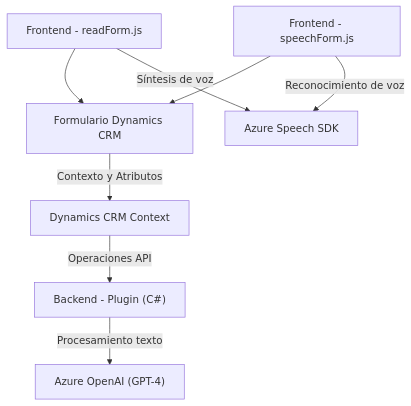
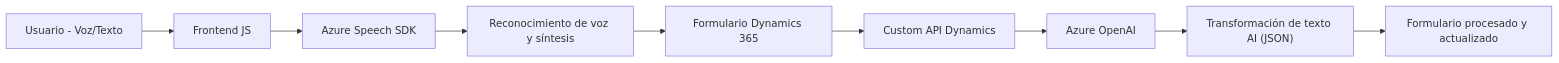
The diagram in README.md (blopezdm/NETCORE_BILBAO2025), drawn with Mermaid before and after one commit. The commit also changed other lines of this file, not shown here.

````diff
--- a/README.md
+++ b/README.md
@@ -47,18 +51,11 @@
 ```mermaid
-graph TD
-    A["Frontend - readForm.js"]
-    B["Frontend - speechForm.js"]
-    C["Backend - Plugin (C#)"]
-    D["Dynamics CRM Context"]
-    E["Azure Speech SDK"]
-    F["Azure OpenAI (GPT-4)"]
-    G["Formulario Dynamics CRM"]
-
-    A --> G
-    B --> G
-    G -- Contexto y Atributos --> D
-    D -- Operaciones API --> C
-    B -- "Reconocimiento de voz" --> E
-    A -- "Síntesis de voz" --> E
-    C -- Procesamiento texto --> F
+graph LR
+    A["Usuario - Voz/Texto"] --> B["Frontend JS"]
+    B --> C["Azure Speech SDK"]
+    C --> D["Reconocimiento de voz y síntesis"]
+    D --> E["Formulario Dynamics 365"]
+    E --> F["Custom API Dynamics"]
+    F --> G["Azure OpenAI"]
+    G --> H["Transformación de texto AI (JSON)"]
+    H --> I["Formulario procesado y actualizado"]
 ```
````
